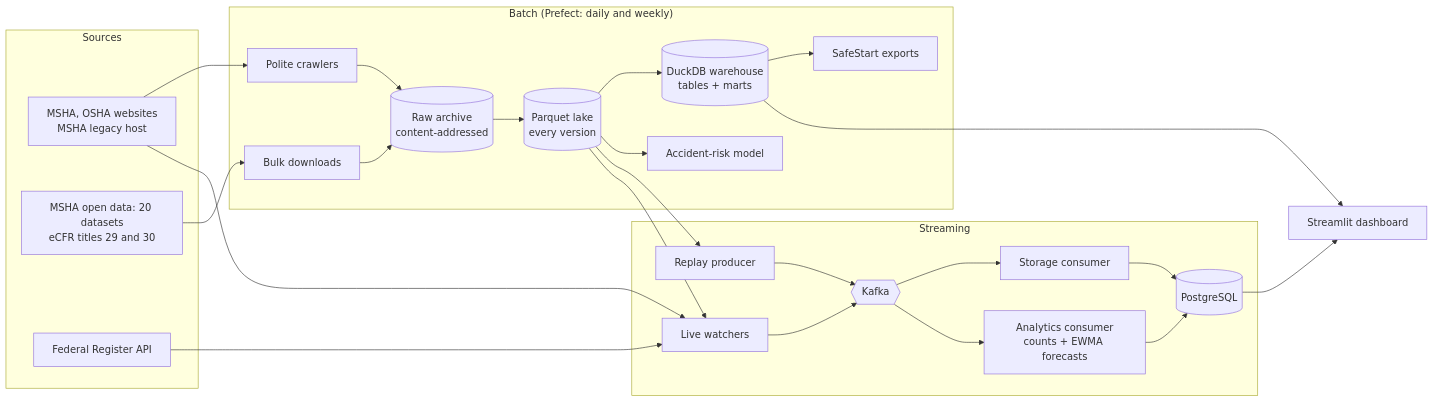
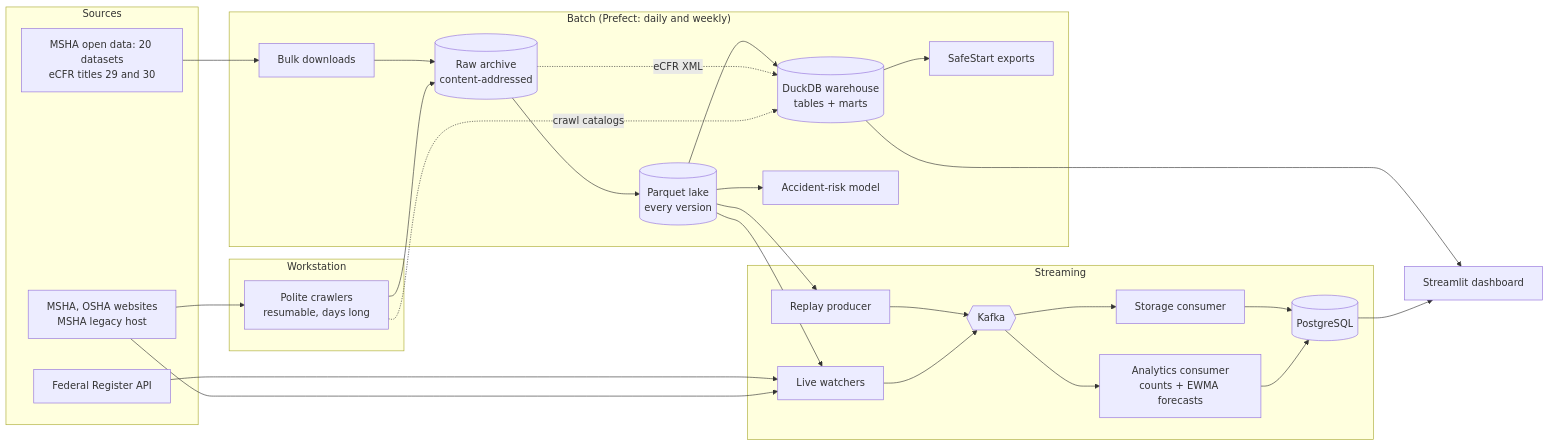
Before and after one commit to USERZEROA/safestart-data-pipeline: the diagram in README.md, drawn with Mermaid. The commit also changed other lines of this file, not shown here.

````diff
--- a/README.md
+++ b/README.md
@@ -44,30 +57,35 @@
 ```mermaid
 flowchart LR
     subgraph Sources
         WEB[MSHA, OSHA websites<br/>MSHA legacy host]
         BULK[MSHA open data: 20 datasets<br/>eCFR titles 29 and 30]
         FR[Federal Register API]
     end
+    subgraph Workstation
+        CRAWL[Polite crawlers<br/>resumable, days long]
+    end
     subgraph Batch["Batch (Prefect: daily and weekly)"]
-        CRAWL[Polite crawlers] --> RAW[(Raw archive<br/>content-addressed)]
-        ACQ[Bulk downloads] --> RAW
+        ACQ[Bulk downloads] --> RAW[(Raw archive<br/>content-addressed)]
         RAW --> LAKE[(Parquet lake<br/>every version)]
         LAKE --> WH[(DuckDB warehouse<br/>tables + marts)]
+        RAW -. eCFR XML .-> WH
         LAKE --> ML[Accident-risk model]
         WH --> EXP[SafeStart exports]
     end
+    CRAWL --> RAW
+    CRAWL -. crawl catalogs .-> WH
     subgraph Streaming
         REPLAY[Replay producer] --> K{{Kafka}}
         WATCH[Live watchers] --> K
         K --> STORE[Storage consumer] --> PG[(PostgreSQL)]
         K --> AN[Analytics consumer<br/>counts + EWMA forecasts] --> PG
     end
     WEB --> CRAWL
     BULK --> ACQ
     FR --> WATCH
     WEB --> WATCH
     LAKE --> REPLAY
     LAKE --> WATCH
     WH --> DASH[Streamlit dashboard]
     PG --> DASH
 ```
````
